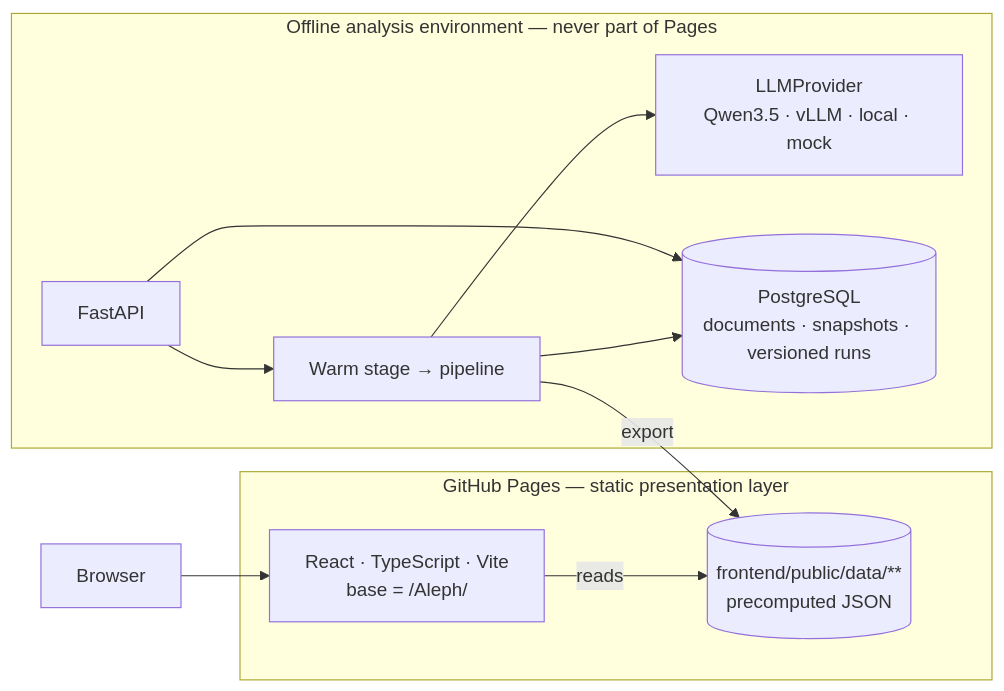
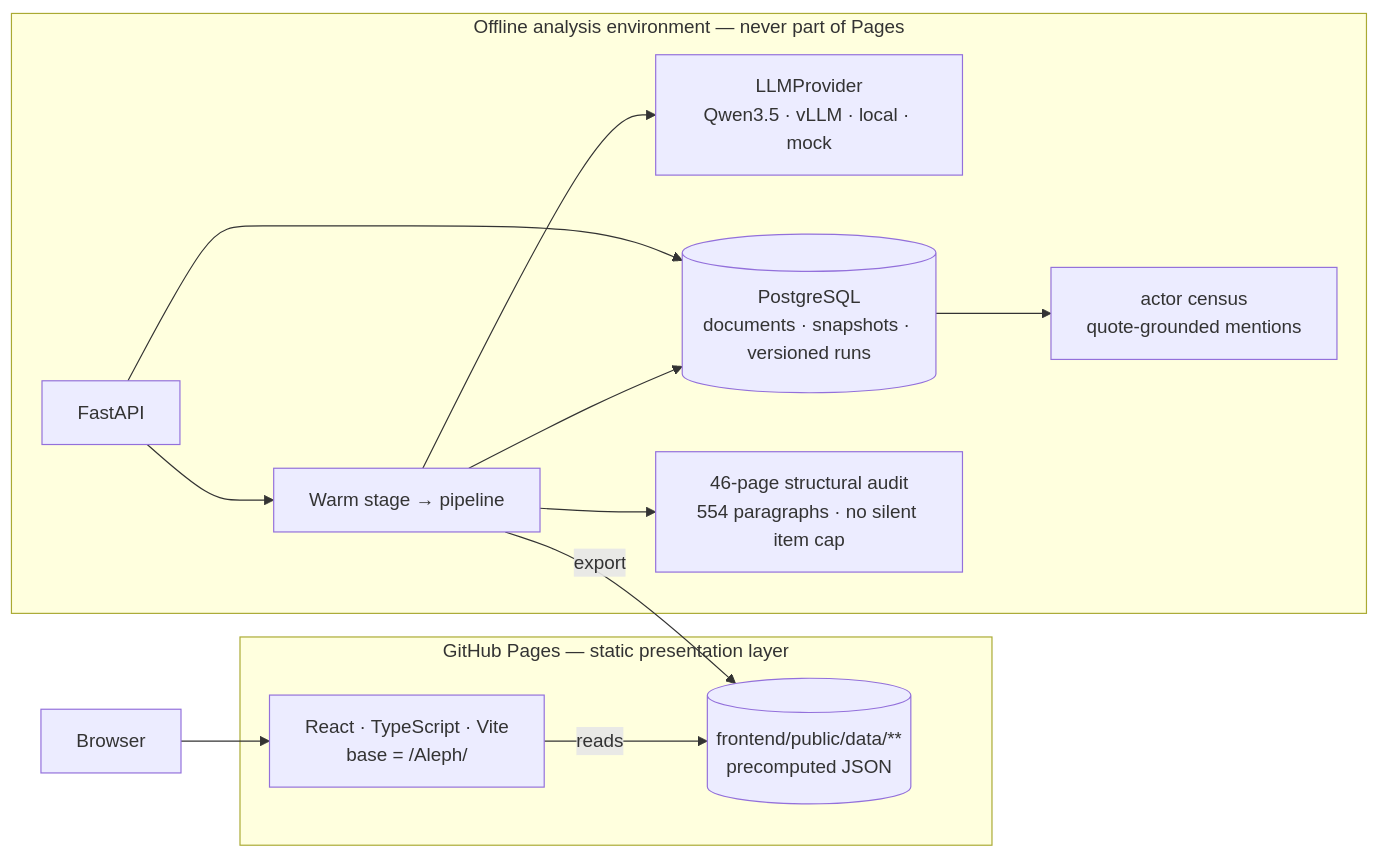
The third of 3 diagrams in docs/ARCHITECTURE.md (Mezosky/Aleph), drawn with Mermaid before and after one commit. The commit also changed other lines of this file and 43 other files, not shown here.

Commit message:
deepen reform audit and actor census

````diff
--- a/docs/ARCHITECTURE.md
+++ b/docs/ARCHITECTURE.md
@@ -166,21 +177,26 @@
 ```mermaid
 flowchart LR
     subgraph gh["GitHub Pages — static presentation layer"]
         F["React · TypeScript · Vite<br/>base = /Aleph/"]
         D[("frontend/public/data/**<br/>precomputed JSON")]
         F -->|"reads"| D
     end
 
     subgraph api["Offline analysis environment — never part of Pages"]
         S["FastAPI"]
         P["Warm stage → pipeline"]
         L["LLMProvider<br/>Qwen3.5 · vLLM · local · mock"]
         DB[("PostgreSQL<br/>documents · snapshots · versioned runs")]
         S --> P --> L
         S --> DB
+
+        X["46-page structural audit<br/>554 paragraphs · no silent item cap"]
+        C["actor census<br/>quote-grounded mentions"]
+        P --> X
+        DB --> C
         P --> DB
     end
 
     U["Browser"] --> F
     P -->|"export"| D
 ```
````
